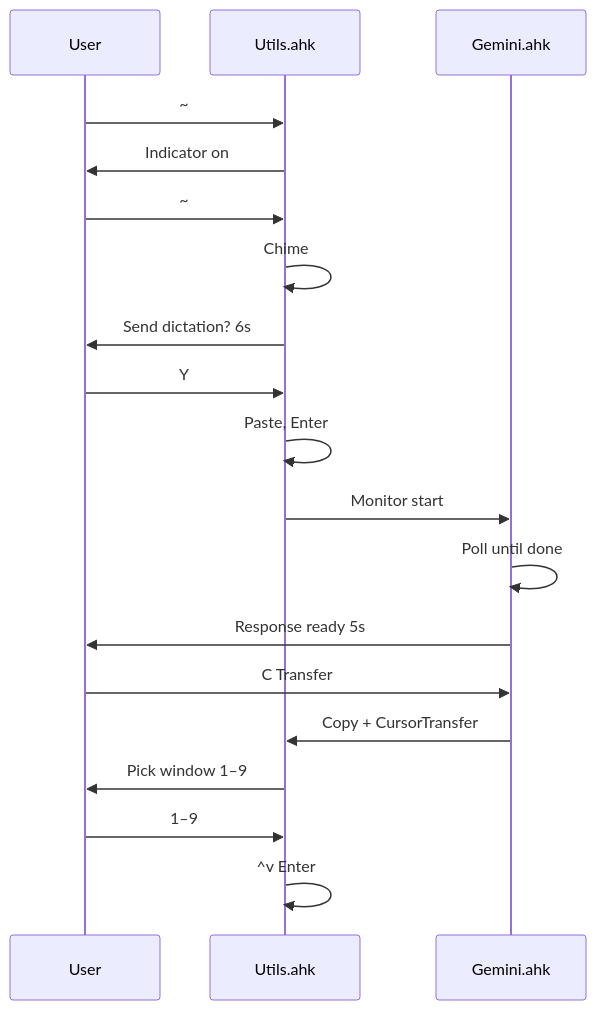
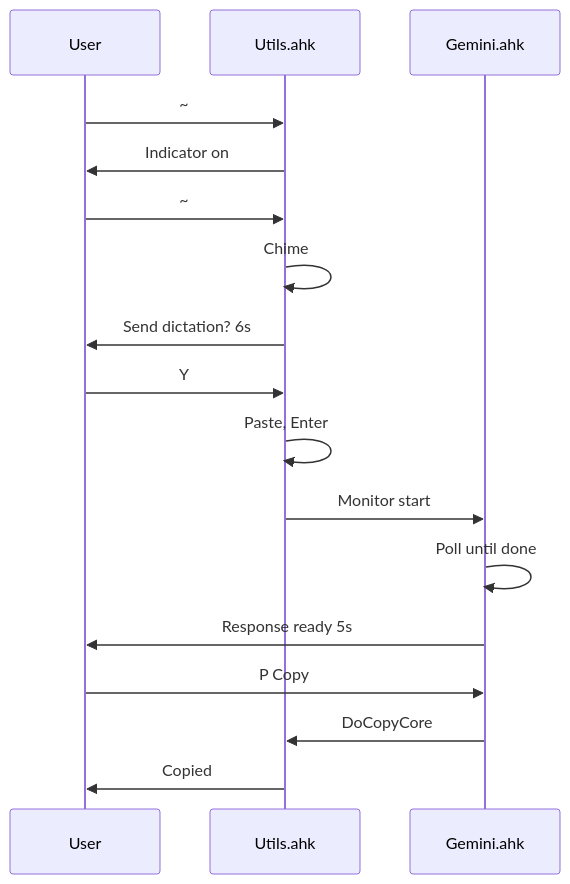
The second of 2 diagrams in docs/dictation-to-gemini-cursor-flow.md (duducm2/scripts), drawn with Mermaid before and after one commit. The commit also changed other lines of this file and 9 other files, not shown here.

````diff
--- a/docs/dictation-to-gemini-cursor-flow.md
+++ b/docs/dictation-to-gemini-cursor-flow.md
@@ -128,22 +123,20 @@
 ```mermaid
 sequenceDiagram
     participant User
     participant AHK as Utils.ahk
     participant Gemini as Gemini.ahk
 
     User->>AHK: ~#!+0 start
     AHK->>User: Indicator on
     User->>AHK: ~#!+0 stop
     AHK->>AHK: Chime
     AHK->>User: Send dictation? 6s
     User->>AHK: Y
     AHK->>AHK: Paste, Enter
     AHK->>Gemini: Monitor start
     Gemini->>Gemini: Poll until done
     Gemini->>User: Response ready 5s
-    User->>Gemini: C Transfer
-    Gemini->>AHK: Copy + CursorTransfer
-    AHK->>User: Pick window 1–9
-    User->>AHK: 1–9
-    AHK->>AHK: ^v Enter
+    User->>Gemini: P Copy
+    Gemini->>AHK: DoCopyCore
+    AHK->>User: Copied
 ```
````
